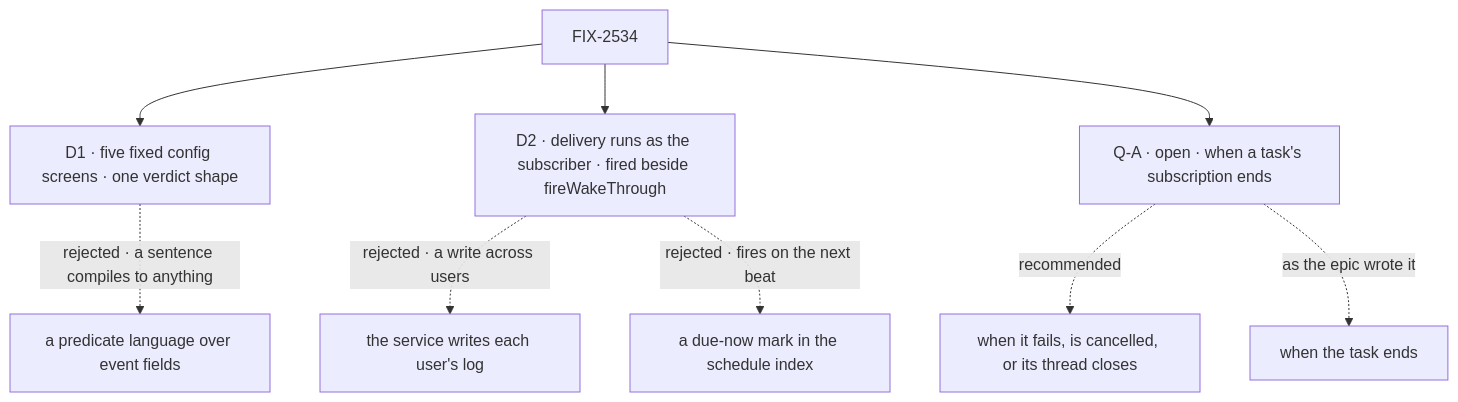
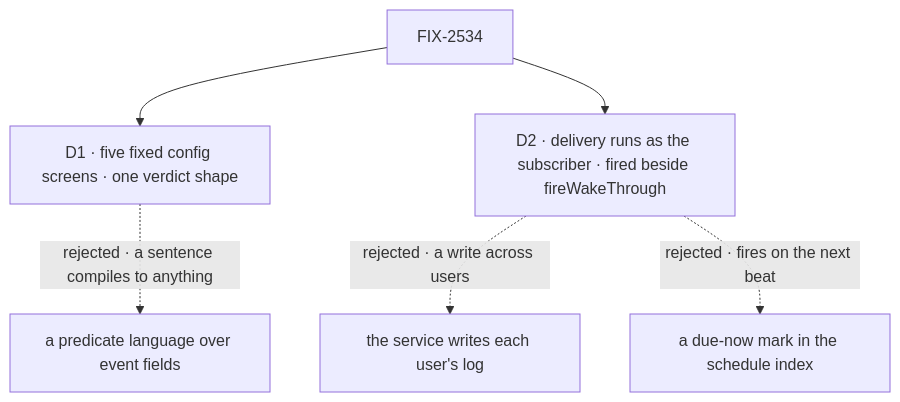
The diagram in specs/issues/FIX-2534/DECISIONS.md (fixpoint-labs/flow-state-dev), drawn with Mermaid before and after one commit. The commit also changed other lines of this file and 2 other files, not shown here.

First line of the commit message:
spec(FIX-2534): trim SPEC and DECISIONS to budget; ER-7 ask moves to #4675

````diff
--- a/specs/issues/FIX-2534/DECISIONS.md
+++ b/specs/issues/FIX-2534/DECISIONS.md
@@ -10,11 +9,8 @@
 ```mermaid
 flowchart TD
   I["FIX-2534"] --> D1["D1 · five fixed config screens · one verdict shape"]
   D1 -.->|"rejected · a sentence compiles to anything"| X1["a predicate language over event fields"]
   I --> D2["D2 · delivery runs as the subscriber · fired beside fireWakeThrough"]
   D2 -.->|"rejected · a write across users"| X2["the service writes each user's log"]
   D2 -.->|"rejected · fires on the next beat"| X3["a due-now mark in the schedule index"]
-  I --> QA["Q-A · open · when a task's subscription ends"]
-  QA -.->|"recommended"| A1["when it fails, is cancelled, or its thread closes"]
-  QA -.->|"as the epic wrote it"| A2["when the task ends"]
 ```
````
